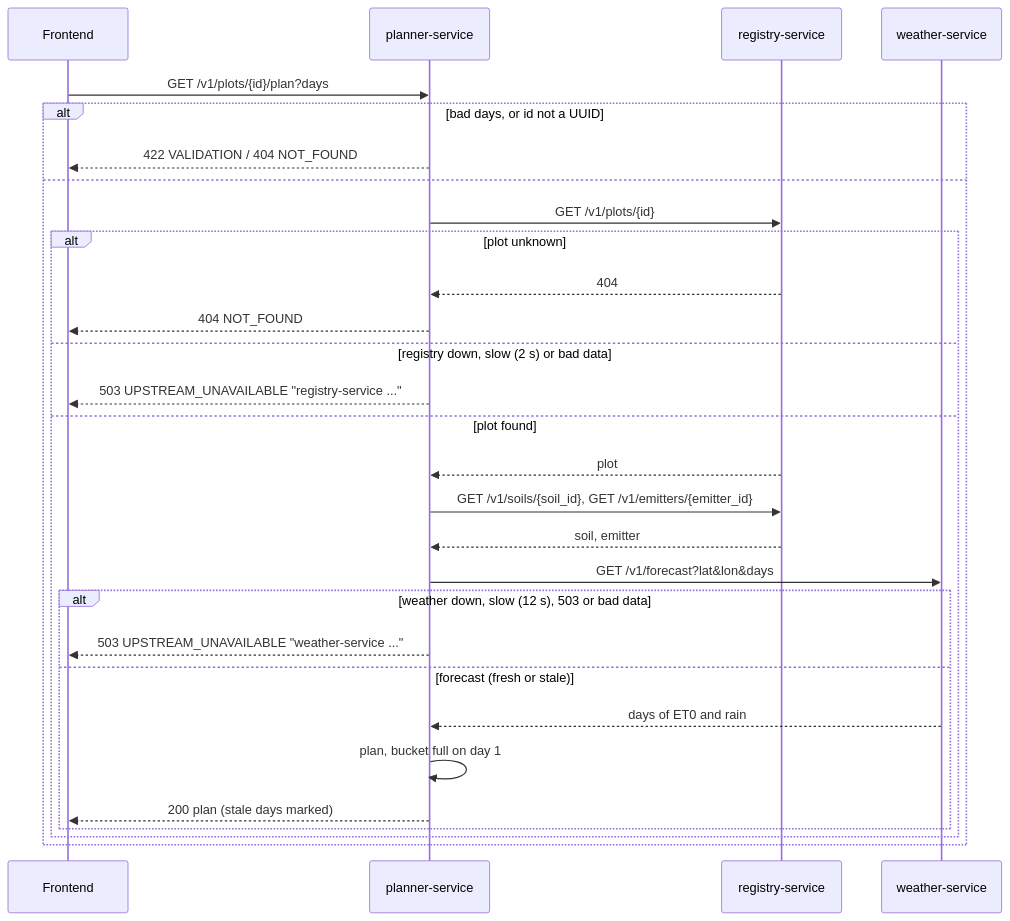
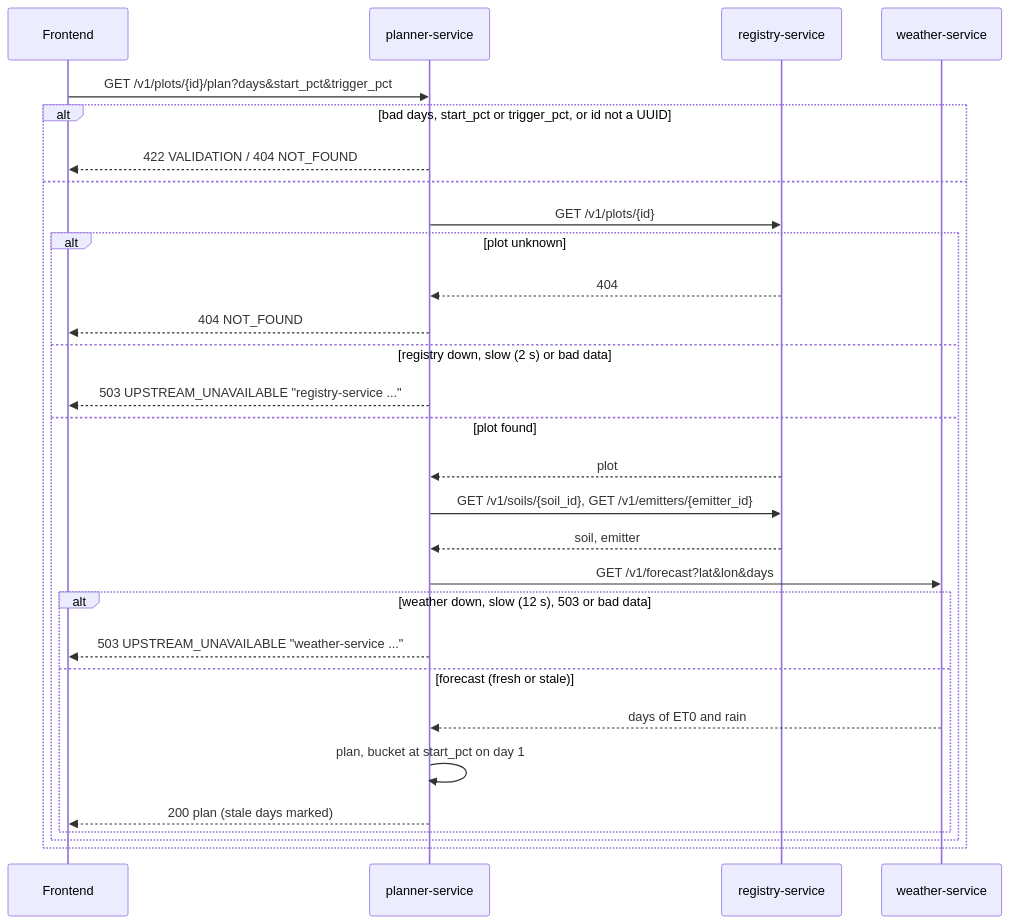
One commit to Tomer232/ArgoPilotApp changed the diagram in services/planner-service/README.md. Above: the diagram before and after it, drawn with Mermaid. The commit also changed other lines of this file and 5 other files, not shown here.

Commit message:
Planner: start_pct and trigger_pct parameters, 24-hour cap with capped days, drip rate in the plan

````diff
--- a/services/planner-service/README.md
+++ b/services/planner-service/README.md
@@ -114,32 +125,32 @@
 ```mermaid
 sequenceDiagram
     participant F as Frontend
     participant P as planner-service
     participant R as registry-service
     participant W as weather-service
 
-    F->>P: GET /v1/plots/{id}/plan?days
-    alt bad days, or id not a UUID
+    F->>P: GET /v1/plots/{id}/plan?days&start_pct&trigger_pct
+    alt bad days, start_pct or trigger_pct, or id not a UUID
         P-->>F: 422 VALIDATION / 404 NOT_FOUND
     else
         P->>R: GET /v1/plots/{id}
         alt plot unknown
             R-->>P: 404
             P-->>F: 404 NOT_FOUND
         else registry down, slow (2 s) or bad data
             P-->>F: 503 UPSTREAM_UNAVAILABLE "registry-service ..."
         else plot found
             R-->>P: plot
             P->>R: GET /v1/soils/{soil_id}, GET /v1/emitters/{emitter_id}
             R-->>P: soil, emitter
             P->>W: GET /v1/forecast?lat&lon&days
             alt weather down, slow (12 s), 503 or bad data
                 P-->>F: 503 UPSTREAM_UNAVAILABLE "weather-service ..."
             else forecast (fresh or stale)
                 W-->>P: days of ET0 and rain
-                P->>P: plan, bucket full on day 1
+                P->>P: plan, bucket at start_pct on day 1
                 P-->>F: 200 plan (stale days marked)
             end
         end
     end
 ```
````
